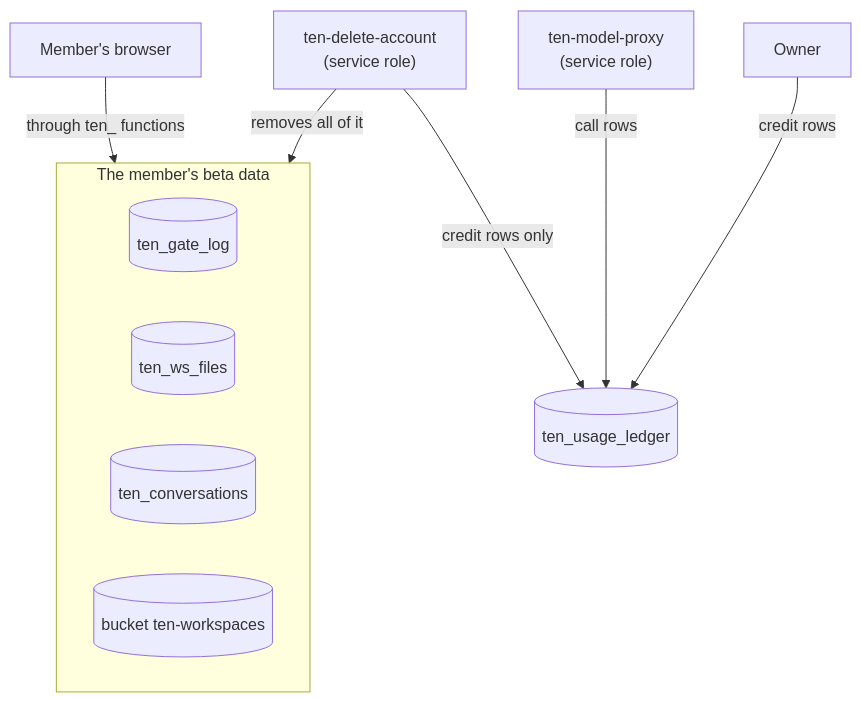
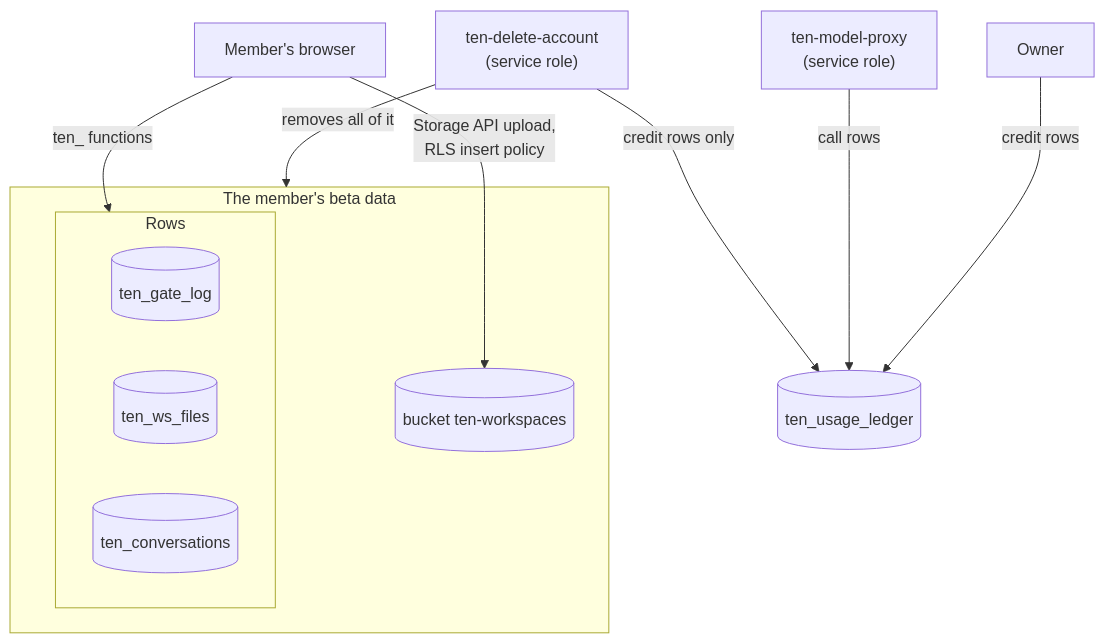
The fourth of 6 diagrams in docs/ARCHITECTURE.md (tydev-new/10xjobs-careercoach), drawn with Mermaid before and after one commit. The commit also changed other lines of this file and 2 other files, not shown here.

````diff
--- a/docs/ARCHITECTURE.md
+++ b/docs/ARCHITECTURE.md
@@ -217,19 +219,22 @@
 ```mermaid
 flowchart TD
   Browser["Member's browser"]
   Delete["ten-delete-account<br/>(service role)"]
   Proxy["ten-model-proxy<br/>(service role)"]
   Owner["Owner"]
   subgraph Beta["The member's beta data"]
-    Gates[("ten_gate_log")]
-    Files[("ten_ws_files")]
-    Conv[("ten_conversations")]
+    subgraph Rows["Rows"]
+      Gates[("ten_gate_log")]
+      Files[("ten_ws_files")]
+      Conv[("ten_conversations")]
+    end
     Bucket[("bucket ten-workspaces")]
   end
   Ledger[("ten_usage_ledger")]
-  Browser -->|through ten_ functions| Beta
+  Browser -->|ten_ functions| Rows
+  Browser -->|"Storage API upload,<br/>RLS insert policy"| Bucket
   Delete -->|removes all of it| Beta
   Delete -->|credit rows only| Ledger
   Proxy -->|call rows| Ledger
   Owner -->|credit rows| Ledger
 ```
````
